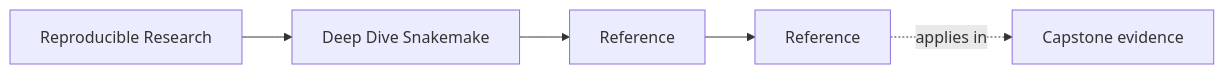
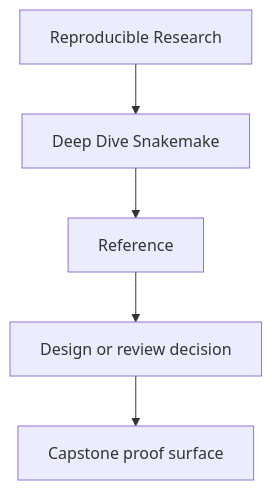
One commit to bijux/bijux-masterclass changed the first of 2 diagrams in programs/reproducible-research/deep-dive-snakemake/course-book/reference/index.md. Above: the diagram before and after it, drawn with Mermaid. The commit also changed other lines of this file and 2 other files, not shown here.

Commit message:
docs(deep-dive-snakemake): reframe course-book entry diagrams

````diff
--- a/programs/reproducible-research/deep-dive-snakemake/course-book/reference/index.md
+++ b/programs/reproducible-research/deep-dive-snakemake/course-book/reference/index.md
@@ -9,11 +9,7 @@
 ```mermaid
-graph LR
-  family["Reproducible Research"]
-  program["Deep Dive Snakemake"]
-  section["Reference"]
-  page["Reference"]
-  capstone["Capstone evidence"]
-
-  family --> program --> section --> page
-  page -.applies in.-> capstone
+flowchart TD
+  family["Reproducible Research"] --> program["Deep Dive Snakemake"]
+  program --> reference["Reference"]
+  reference --> review["Design or review decision"]
+  review --> capstone["Capstone proof surface"]
 ```
````
